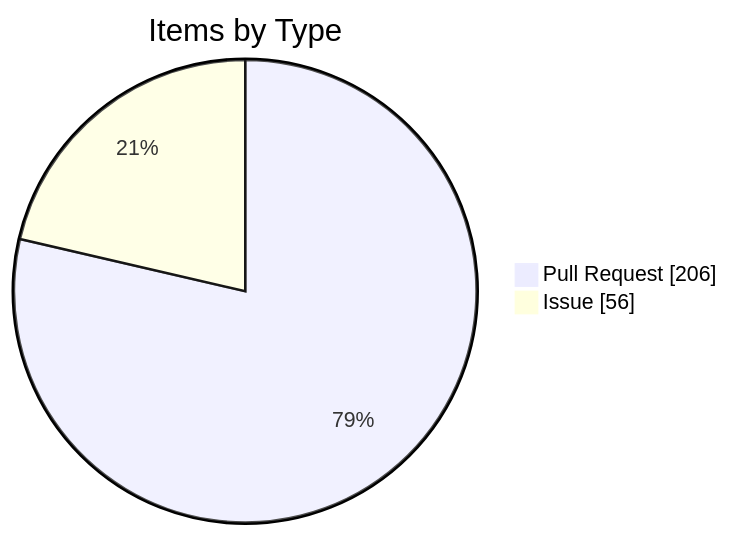
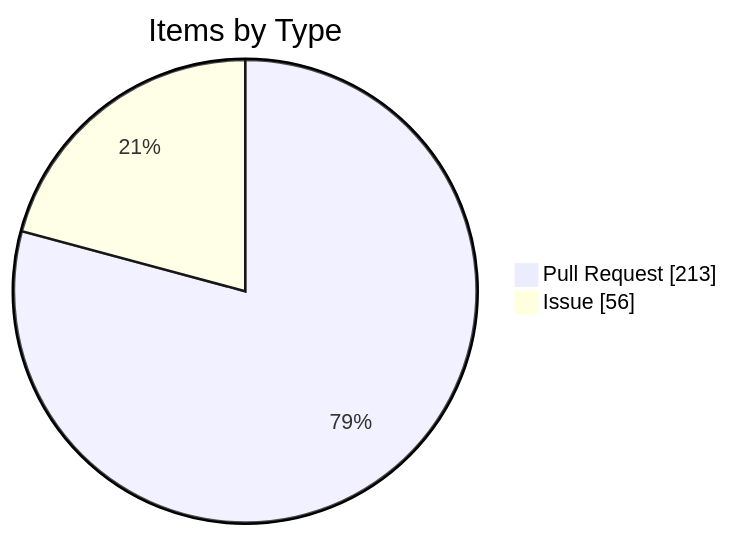
Before and after one commit to KBVE/kbve: the fourth of 4 diagrams in apps/kbve/astro-kbve/src/content/docs/dashboard/kanban-data.mdx, drawn with Mermaid. The commit also changed other lines of this file and 8 other files, not shown here.

````diff
--- a/apps/kbve/astro-kbve/src/content/docs/dashboard/kanban-data.mdx
+++ b/apps/kbve/astro-kbve/src/content/docs/dashboard/kanban-data.mdx
@@ -115,6 +116,6 @@
 ```mermaid
 pie showData
     title Items by Type
-    "Pull Request" : 206
+    "Pull Request" : 213
     "Issue" : 56
 ```
````
